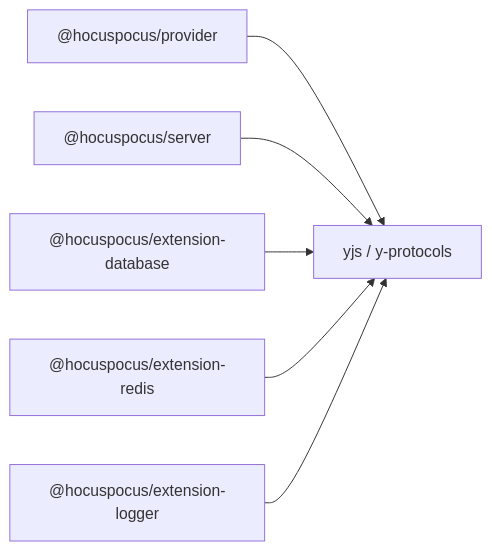
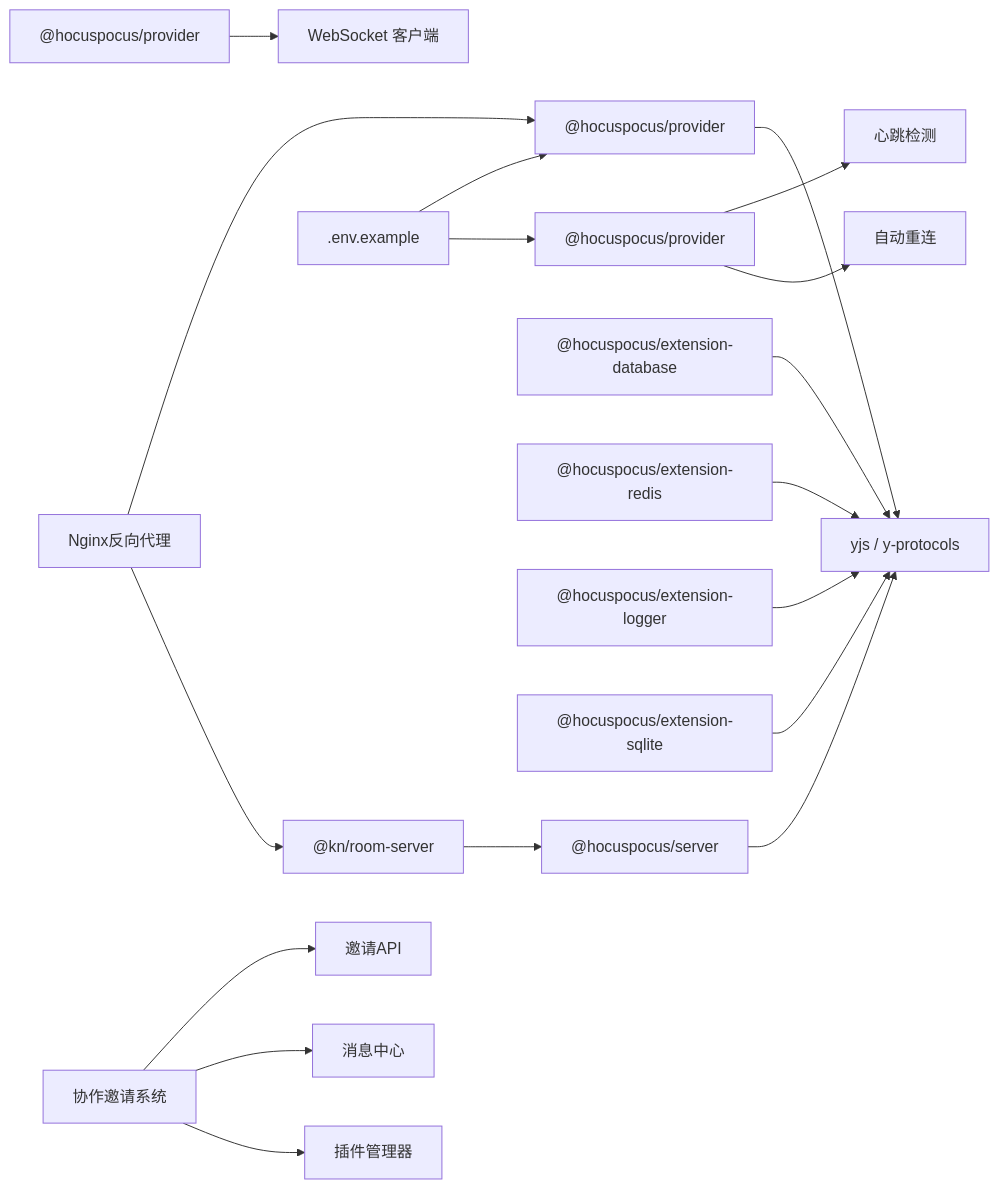
Diagram 11 of 11 in .qoder/repowiki/zh/content/核心模块/编辑器核心内核/实时协作功能.md (LRF0422/Kotion), drawn with Mermaid before and after one commit. The commit also changed other lines of this file and 75 other files, not shown here.

````diff
--- a/.qoder/repowiki/zh/content/核心模块/编辑器核心内核/实时协作功能.md
+++ b/.qoder/repowiki/zh/content/核心模块/编辑器核心内核/实时协作功能.md
@@ -256,8 +600,20 @@
 ```mermaid
 graph LR
 Prov["@hocuspocus/provider"] --> YJS["yjs / y-protocols"]
-Srv["@hocuspocus/server"] --> YJS
+RS["@kn/room-server"] --> HPS["@hocuspocus/server"]
+HPS --> YJS
 DBExt["@hocuspocus/extension-database"] --> YJS
 RedisExt["@hocuspocus/extension-redis"] --> YJS
 LoggerExt["@hocuspocus/extension-logger"] --> YJS
+SQLiteExt["@hocuspocus/extension-sqlite"] --> YJS
+WS["@hocuspocus/provider"] --> WSClient["WebSocket 客户端"]
+IM["@hocuspocus/provider"] --> Heartbeat["心跳检测"]
+IM --> Reconnect["自动重连"]
+ENV[".env.example"] --> Prov
+ENV --> IM
+INV["协作邀请系统"] --> API["邀请API"]
+INV --> MC["消息中心"]
+INV --> PM["插件管理器"]
+NGINX["Nginx反向代理"] --> Prov
+NGINX --> RS
 ```
````
